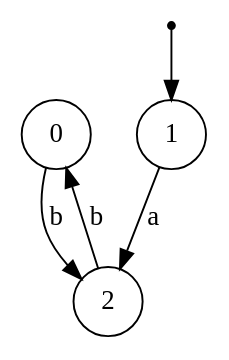
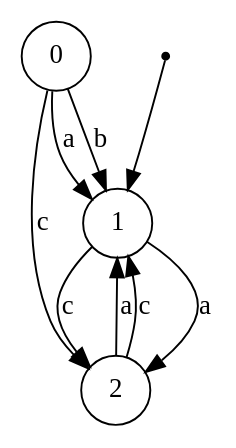
The diagram in dotsource.dot (Reithger/Finite-State-Machine-Model), drawn with Graphviz before and after one commit. The commit also changed 9 other files, not shown here.

```diff
--- a/dotsource.dot
+++ b/dotsource.dot
@@ -1,10 +1,14 @@
 digraph G {
 "0"[shape = circle color = "black"];
 "1"[shape = circle color = "black"];
 "___NEVER_USE_THIS_NAME___1"[fontSize = 1 shape = point]; 
 {"___NEVER_USE_THIS_NAME___1"}->{"1"}; 
 "2"[shape = circle color = "black"];
 "1"->{"2"} [label = "a" color = "black" arrowhead = "normal" ]; 
-"0"->{"2"} [label = "b" color = "black" arrowhead = "normal" ]; 
-"2"->{"0"} [label = "b" color = "black" arrowhead = "normal" ]; 
+"1"->{"2"} [label = "c" color = "black" arrowhead = "normal" ]; 
+"0"->{"1"} [label = "b" color = "black" arrowhead = "normal" ]; 
+"0"->{"1"} [label = "a" color = "black" arrowhead = "normal" ]; 
+"0"->{"2"} [label = "c" color = "black" arrowhead = "normal" ]; 
+"2"->{"1"} [label = "a" color = "black" arrowhead = "normal" ]; 
+"2"->{"1"} [label = "c" color = "black" arrowhead = "normal" ]; 
 }
```
